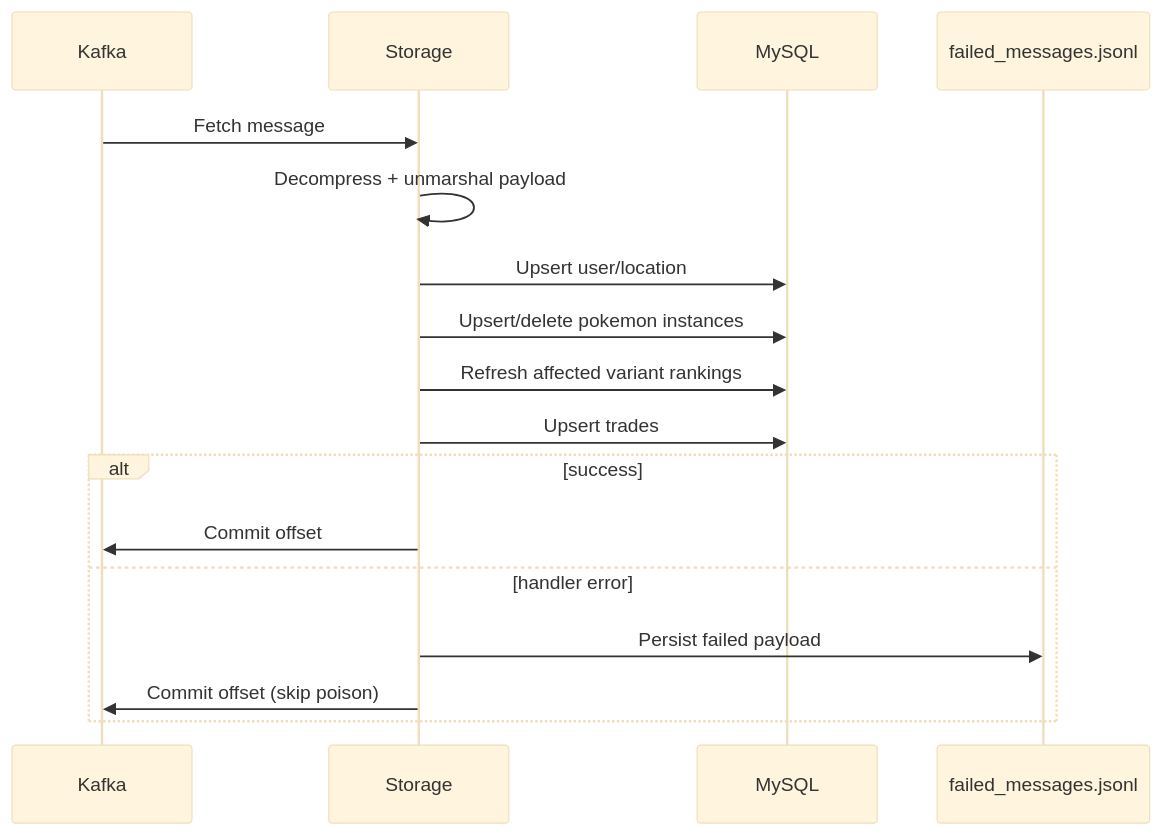
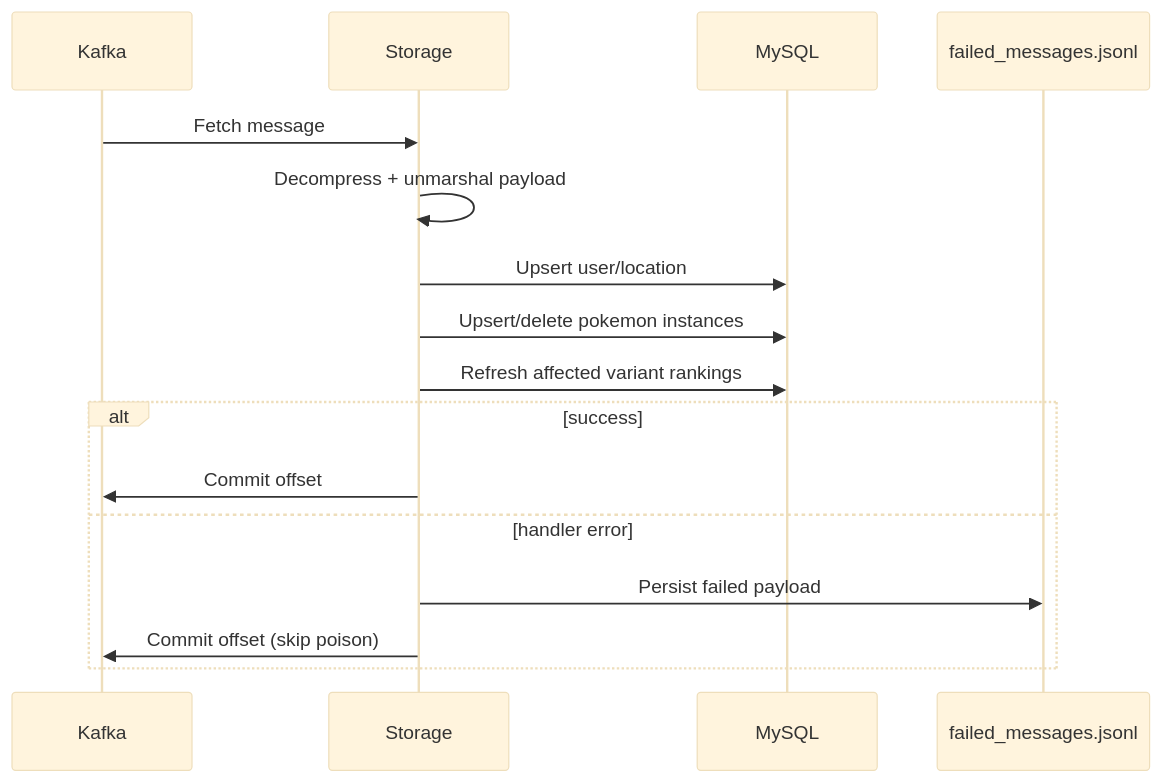
The second of 6 diagrams in storage/README.md (AdamWentworth/Go), drawn with Mermaid (base theme) before and after one commit. The commit also changed other lines of this file and 18 other files, not shown here.

````diff
--- a/storage/README.md
+++ b/storage/README.md
@@ -38,21 +38,20 @@
 ```mermaid
 sequenceDiagram
   participant K as Kafka
   participant S as Storage
   participant D as MySQL
   participant F as failed_messages.jsonl
 
   K->>S: Fetch message
   S->>S: Decompress + unmarshal payload
   S->>D: Upsert user/location
   S->>D: Upsert/delete pokemon instances
   S->>D: Refresh affected variant rankings
-  S->>D: Upsert trades
 
   alt success
     S->>K: Commit offset
   else handler error
     S->>F: Persist failed payload
     S->>K: Commit offset (skip poison)
   end
 ```
````
